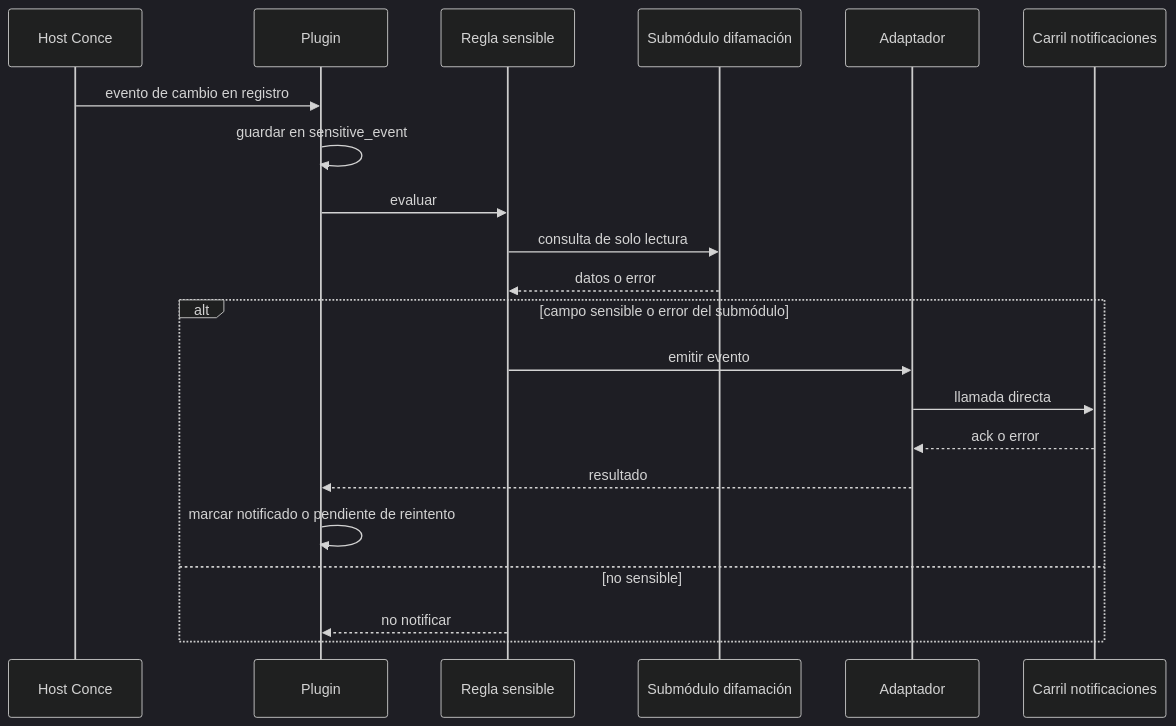
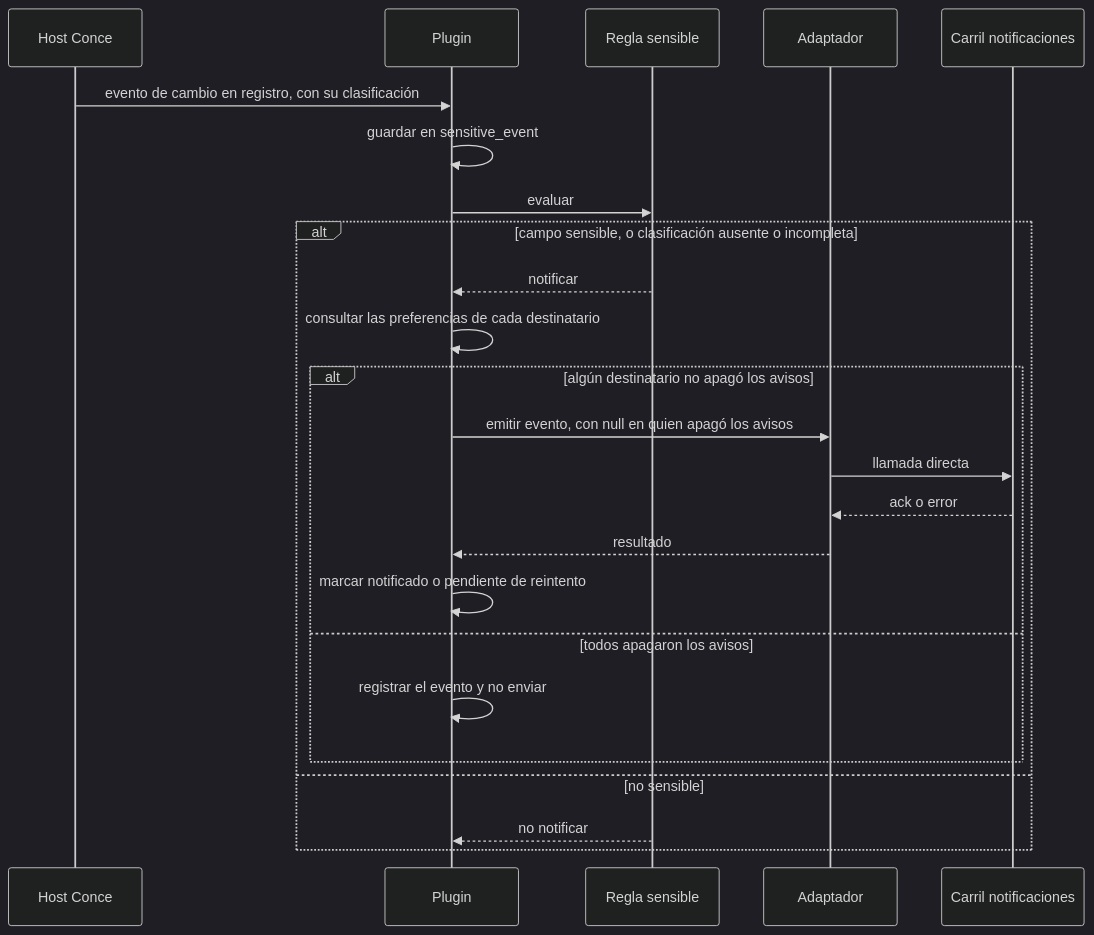
Before and after one commit to lol-protocol/php: the fourth of 4 diagrams in newsletter-plugin/docs/03-arquitectura.md, drawn with Mermaid (dark theme). The commit also changed other lines of this file and 12 other files, not shown here.

````diff
--- a/newsletter-plugin/docs/03-arquitectura.md
+++ b/newsletter-plugin/docs/03-arquitectura.md
@@ -86,23 +88,26 @@
 ```mermaid
 sequenceDiagram
   participant H as Host Conce
   participant P as Plugin
   participant S as Regla sensible
-  participant D as Submódulo difamación
   participant A as Adaptador
   participant N as Carril notificaciones
-  H->>P: evento de cambio en registro
+  H->>P: evento de cambio en registro, con su clasificación
   P->>P: guardar en sensitive_event
   P->>S: evaluar
-  S->>D: consulta de solo lectura
-  D-->>S: datos o error
-  alt campo sensible o error del submódulo
-    S->>A: emitir evento
-    A->>N: llamada directa
-    N-->>A: ack o error
-    A-->>P: resultado
-    P->>P: marcar notificado o pendiente de reintento
+  alt campo sensible, o clasificación ausente o incompleta
+    S-->>P: notificar
+    P->>P: consultar las preferencias de cada destinatario
+    alt algún destinatario no apagó los avisos
+      P->>A: emitir evento, con null en quien apagó los avisos
+      A->>N: llamada directa
+      N-->>A: ack o error
+      A-->>P: resultado
+      P->>P: marcar notificado o pendiente de reintento
+    else todos apagaron los avisos
+      P->>P: registrar el evento y no enviar
+    end
   else no sensible
     S-->>P: no notificar
   end
 ```
````
